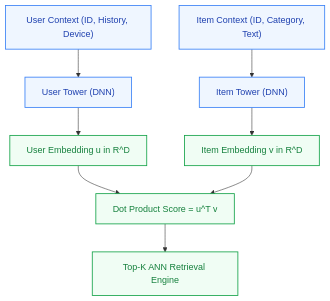
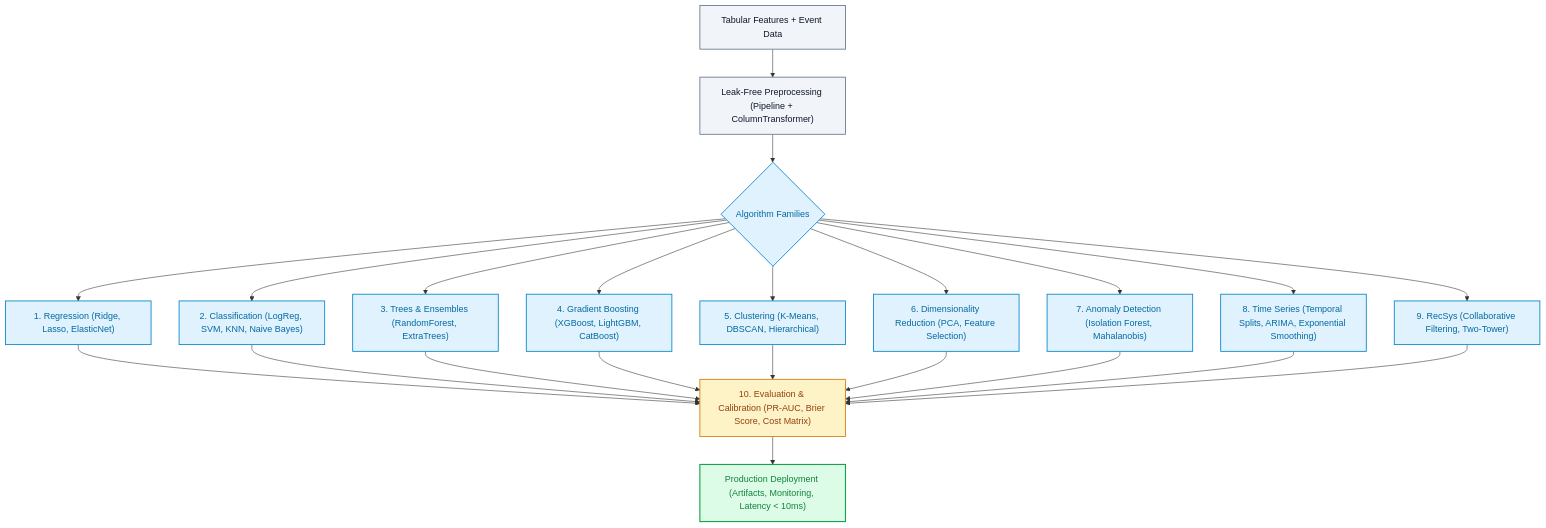
Before and after one commit to FirdowsRahaman/agentic-ai-and-ml-roadmap: the diagram in curriculum/02-core-ml-and-dl/03_classical_ml_and_recsys.md, drawn with Mermaid. The commit also changed other lines of this file and 37 other files, not shown here.

````diff
--- a/curriculum/02-core-ml-and-dl/03_classical_ml_and_recsys.md
+++ b/curriculum/02-core-ml-and-dl/03_classical_ml_and_recsys.md
@@ -109,16 +39,28 @@
 ```mermaid
 flowchart TD
-    U["User Context (ID, History, Device)"] --> UT["User Tower (DNN)"]
-    UT --> UV["User Embedding u in R^D"]
+    DATA["Tabular Features + Event Data"] --> PRE["Leak-Free Preprocessing (Pipeline + ColumnTransformer)"]
+    PRE --> FAMILIES{"Algorithm Families"}
     
-    I["Item Context (ID, Category, Text)"] --> IT["Item Tower (DNN)"]
-    IT --> IV["Item Embedding v in R^D"]
+    FAMILIES --> REG["1. Regression (Ridge, Lasso, ElasticNet)"]
+    FAMILIES --> CLS["2. Classification (LogReg, SVM, KNN, Naive Bayes)"]
+    FAMILIES --> TREE["3. Trees & Ensembles (RandomForest, ExtraTrees)"]
+    FAMILIES --> GBDT["4. Gradient Boosting (XGBoost, LightGBM, CatBoost)"]
+    FAMILIES --> CLUST["5. Clustering (K-Means, DBSCAN, Hierarchical)"]
+    FAMILIES --> DIM["6. Dimensionality Reduction (PCA, Feature Selection)"]
+    FAMILIES --> ANOM["7. Anomaly Detection (Isolation Forest, Mahalanobis)"]
+    FAMILIES --> TS["8. Time Series (Temporal Splits, ARIMA, Exponential Smoothing)"]
+    FAMILIES --> REC["9. RecSys (Collaborative Filtering, Two-Tower)"]
     
-    UV & IV --> DOT["Dot Product Score = u^T v"]
-    DOT --> ANN["Top-K ANN Retrieval Engine"]
+    REG & CLS & TREE & GBDT & CLUST & DIM & ANOM & TS & REC --> EVAL["10. Evaluation & Calibration (PR-AUC, Brier Score, Cost Matrix)"]
+    EVAL --> PROD["Production Deployment (Artifacts, Monitoring, Latency < 10ms)"]
 
-    classDef tower fill:#EFF6FF,stroke:#3B82F6,stroke-width:1.5px,color:#1E40AF;
-    classDef vec fill:#F0FDF4,stroke:#16A34A,stroke-width:1.5px,color:#15803D;
-    class U,UT,I,IT tower;
-    class UV,IV,DOT,ANN vec;
+    classDef data fill:#F1F5F9,stroke:#64748B,stroke-width:1.5px,color:#0F172A;
+    classDef fam fill:#E0F2FE,stroke:#0284C7,stroke-width:1.5px,color:#0369A1;
+    classDef eval fill:#FEF3C7,stroke:#D97706,stroke-width:1.5px,color:#92400E;
+    classDef prod fill:#DCFCE7,stroke:#16A34A,stroke-width:2px,color:#15803D;
+
+    class DATA,PRE data;
+    class FAMILIES,REG,CLS,TREE,GBDT,CLUST,DIM,ANOM,TS,REC fam;
+    class EVAL eval;
+    class PROD prod;
 ```
````
